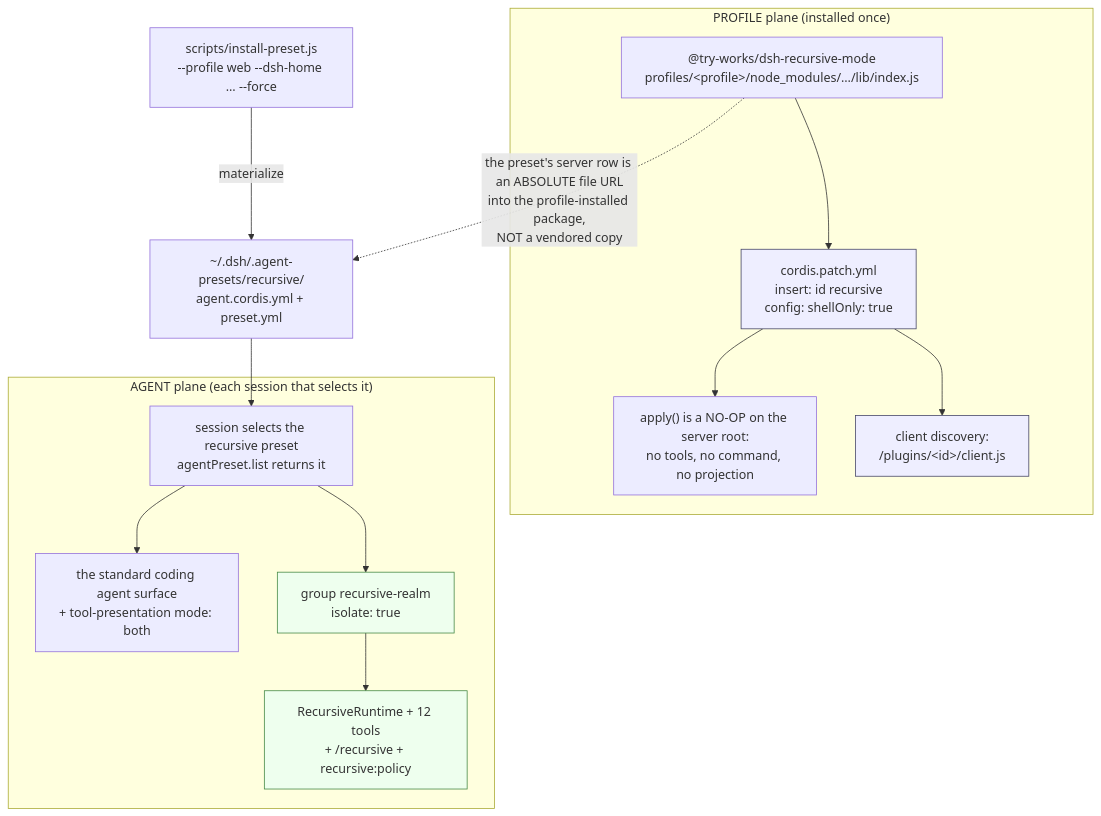
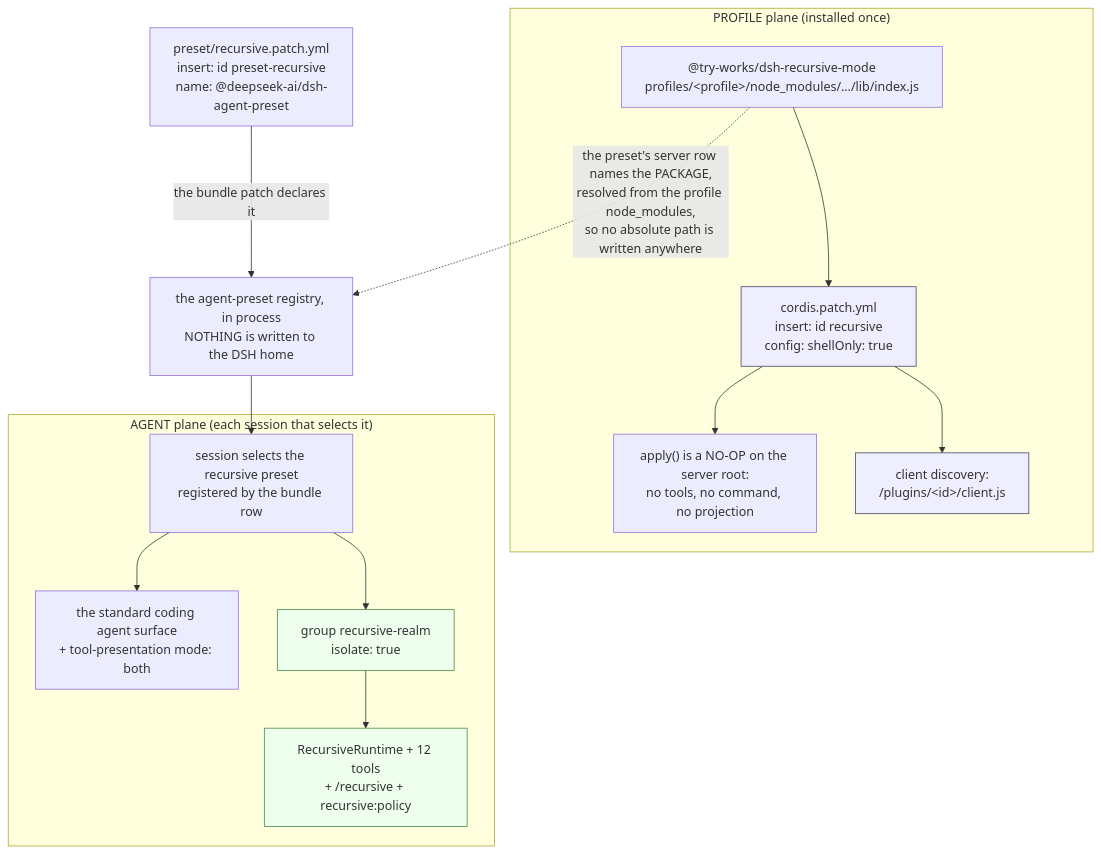
Before and after one commit to try-works/dsh-recursive-mode: the ninth of 9 diagrams in README.md, drawn with Mermaid. The commit also changed other lines of this file and 3 other files, not shown here.

````diff
--- a/README.md
+++ b/README.md
@@ -722,32 +722,32 @@
 ```mermaid
 flowchart TB
     subgraph profilePlane["PROFILE plane (installed once)"]
         PKG["@try-works/dsh-recursive-mode<br/>profiles/&lt;profile&gt;/node_modules/…/lib/index.js"]
         SHELL["cordis.patch.yml<br/>insert: id recursive<br/>config: shellOnly: true"]
         NOOP["apply() is a NO-OP on the server root:<br/>no tools, no command, no projection"]
         CLIENT["client discovery:<br/>/plugins/&lt;id&gt;/client.js"]
         PKG --> SHELL --> NOOP
         SHELL --> CLIENT
     end
 
-    INSTALL["scripts/install-preset.js<br/>--profile web --dsh-home … --force"]
-    HOME["~/.dsh/.agent-presets/recursive/<br/>agent.cordis.yml + preset.yml"]
-    INSTALL -->|"materialize"| HOME
-    PKG -.->|"the preset's server row is an ABSOLUTE file URL<br/>into the profile-installed package,<br/>NOT a vendored copy"| HOME
+    INSTALL["preset/recursive.patch.yml<br/>insert: id preset-recursive<br/>name: @deepseek-ai/dsh-agent-preset"]
+    HOME["the agent-preset registry, in process<br/>NOTHING is written to the DSH home"]
+    INSTALL -->|"the bundle patch declares it"| HOME
+    PKG -.->|"the preset's server row names the PACKAGE,<br/>resolved from the profile node_modules,<br/>so no absolute path is written anywhere"| HOME
 
     subgraph agentPlane["AGENT plane (each session that selects it)"]
-        SEL["session selects the recursive preset<br/>agentPreset.list returns it"]
+        SEL["session selects the recursive preset<br/>registered by the bundle row"]
         STD["the standard coding agent surface<br/>+ tool-presentation mode: both"]
         REALM["group recursive-realm<br/>isolate: true"]
         SURF["RecursiveRuntime + 12 tools<br/>+ /recursive + recursive:policy"]
         SEL --> STD
         SEL --> REALM --> SURF
     end
 
     HOME --> SEL
 
     classDef shell fill:#eef,stroke:#446
     class SHELL,CLIENT shell
     classDef isolated fill:#efe,stroke:#484
     class REALM,SURF isolated
 ```
````
